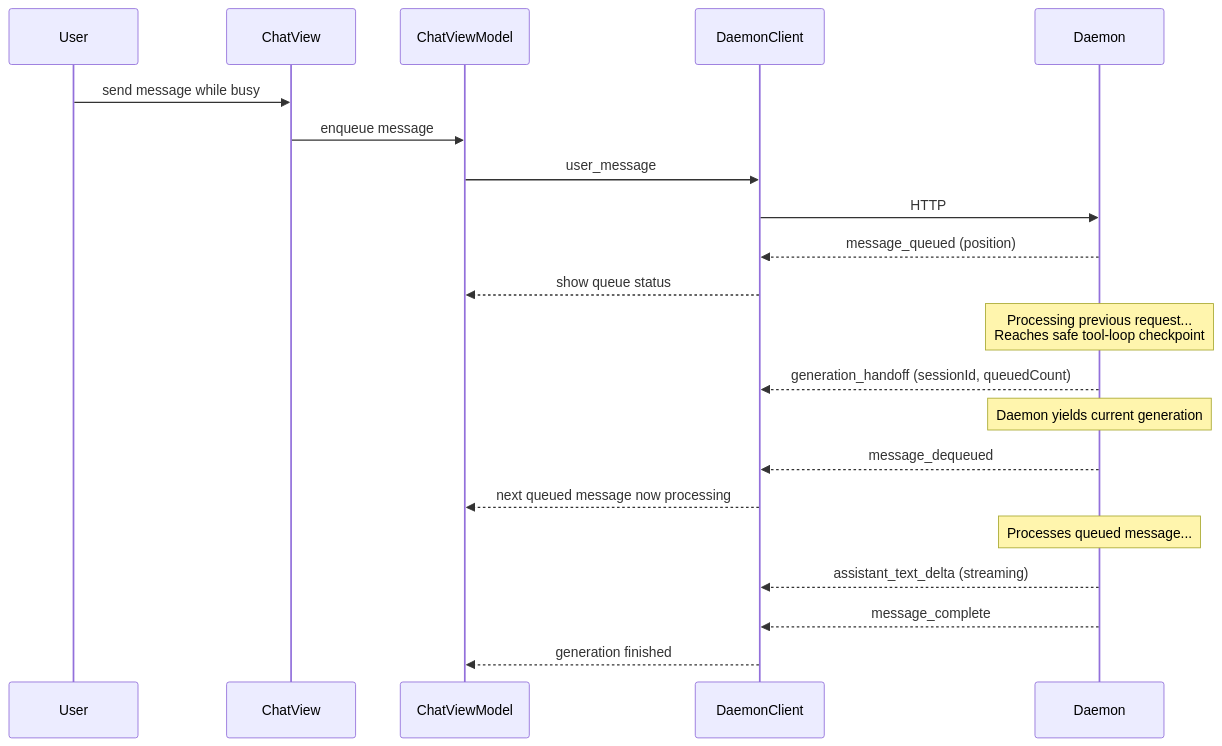
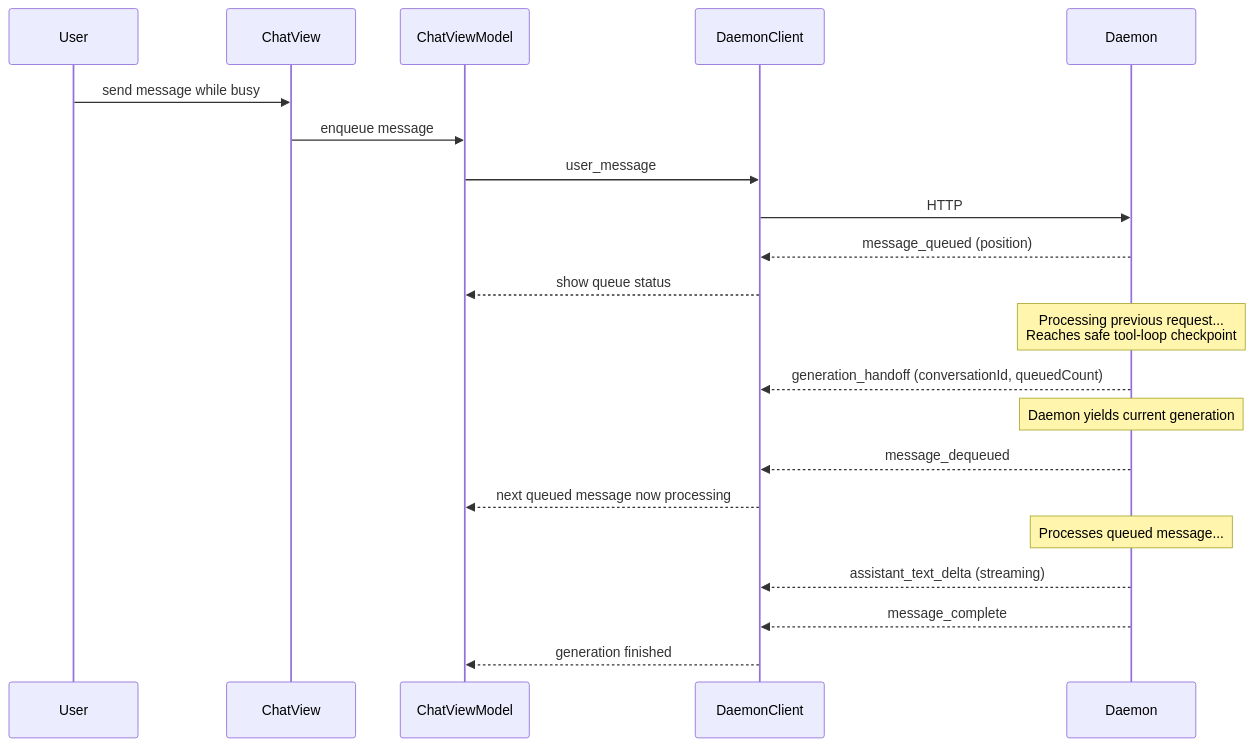
One commit to vellum-ai/vellum-assistant changed diagram 15 of 17 in assistant/ARCHITECTURE.md. Above: the diagram before and after it, drawn with Mermaid. The commit also changed other lines of this file, not shown here.

Commit message:
fix: complete session->conversation terminology migration in ARCHITECTURE.md diagrams

````diff
--- a/assistant/ARCHITECTURE.md
+++ b/assistant/ARCHITECTURE.md
@@ -1554,29 +1554,29 @@
 ```mermaid
 sequenceDiagram
     participant User
     participant Chat as ChatView
     participant VM as ChatViewModel
     participant DC as DaemonClient
     participant Daemon as Daemon
 
     User->>Chat: send message while busy
     Chat->>VM: enqueue message
     VM->>DC: user_message
     DC->>Daemon: HTTP
     Daemon-->>DC: message_queued (position)
     DC-->>VM: show queue status
 
     Note over Daemon: Processing previous request...<br/>Reaches safe tool-loop checkpoint
 
-    Daemon-->>DC: generation_handoff (sessionId, queuedCount)
+    Daemon-->>DC: generation_handoff (conversationId, queuedCount)
     Note over Daemon: Daemon yields current generation
 
     Daemon-->>DC: message_dequeued
     DC-->>VM: next queued message now processing
 
     Note over Daemon: Processes queued message...
 
     Daemon-->>DC: assistant_text_delta (streaming)
     Daemon-->>DC: message_complete
     DC-->>VM: generation finished
 ```
````
